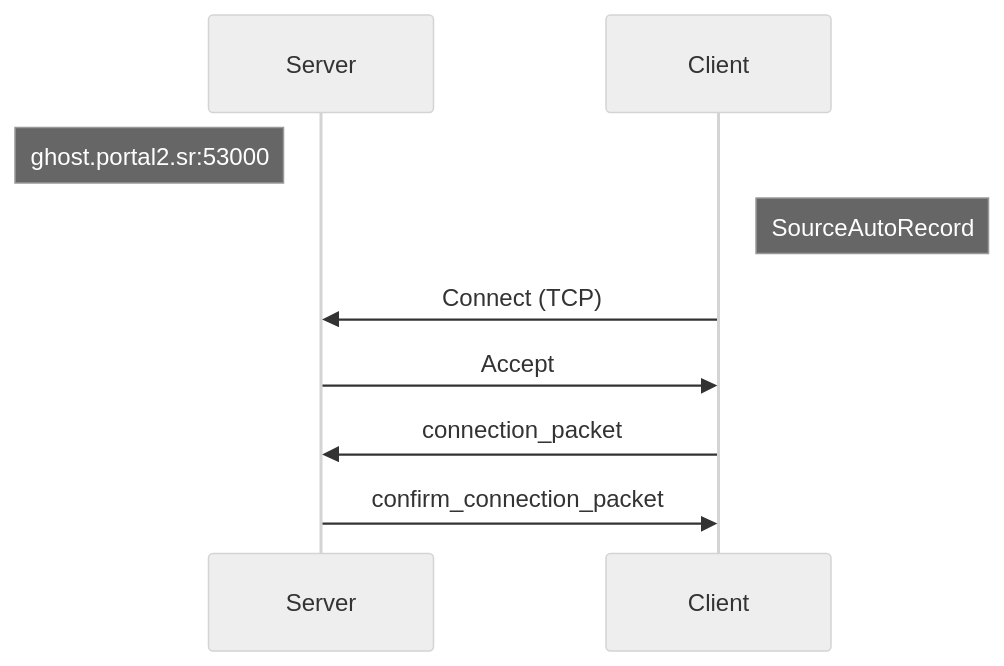
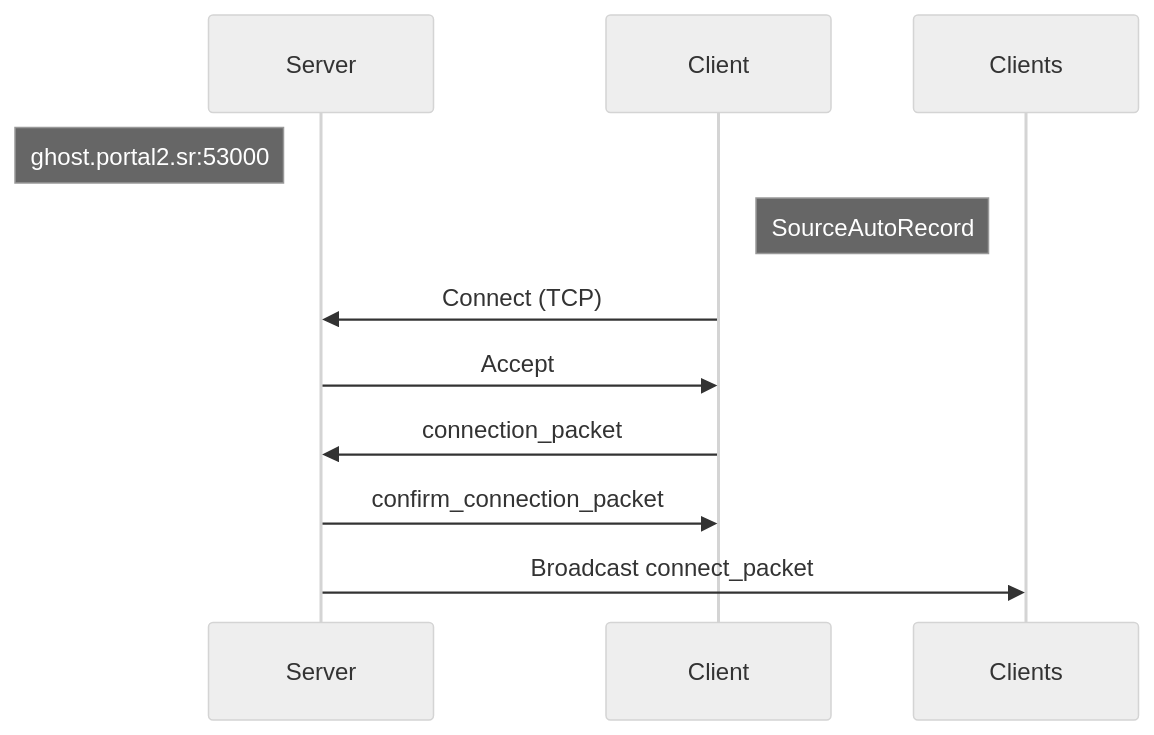
One commit to NeKzor/ghosting changed the diagram in README.md. Above: the diagram before and after it, drawn with Mermaid (neutral theme). The commit also changed other lines of this file and 8 other files, not shown here.

````diff
--- a/README.md
+++ b/README.md
@@ -41,15 +49,17 @@
 ```mermaid
 sequenceDiagram
     participant Server
     Note left of Server: ghost.portal2.sr:53000
     participant Client
     Note right of Client: SourceAutoRecord
+    participant Clients
 
     Client->>Server: Connect (TCP)
 
     Server->>Client: Accept
 
     Client->>Server: connection_packet
 
     Server->>Client: confirm_connection_packet
+    Server->>Clients: Broadcast connect_packet
 ```
````
